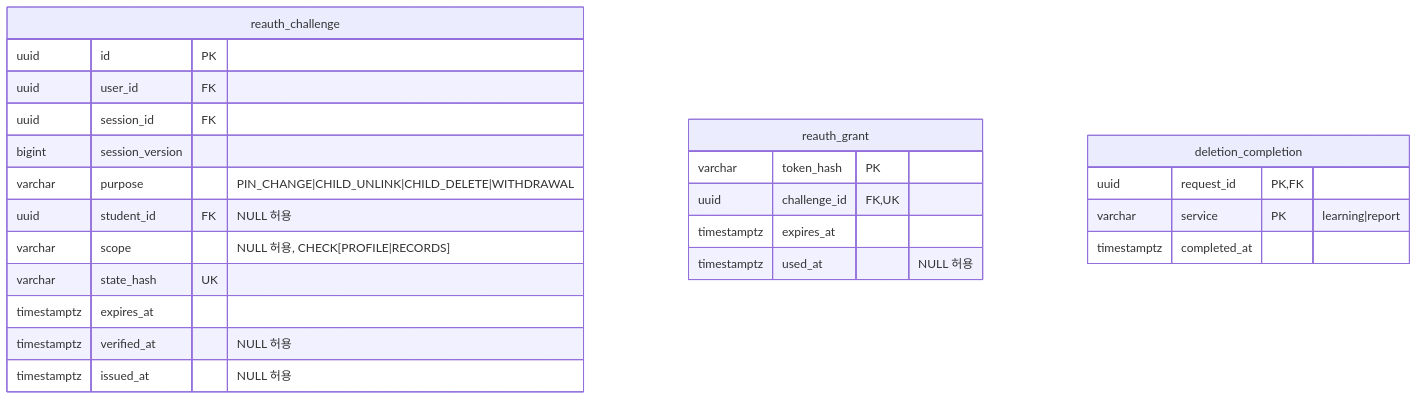
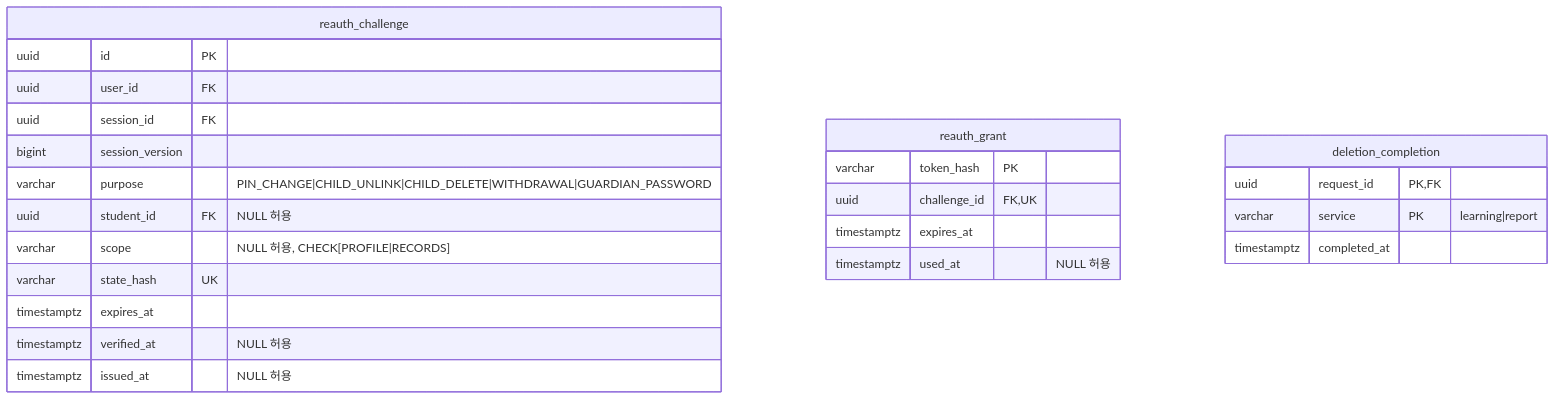
One commit to SKNETWORKS-FAMILY-AICAMP/SKN34-FINAL-3TEAM changed the third of 11 diagrams in docs/design/erd.md. Above: the diagram before and after it, drawn with Mermaid. The commit also changed other lines of this file and 50 other files, not shown here.

````diff
--- a/docs/design/erd.md
+++ b/docs/design/erd.md
@@ -217,27 +230,27 @@
 ```mermaid
 erDiagram
   reauth_challenge {
     uuid id PK
     uuid user_id FK
     uuid session_id FK
     bigint session_version
-    varchar purpose "PIN_CHANGE|CHILD_UNLINK|CHILD_DELETE|WITHDRAWAL"
+    varchar purpose "PIN_CHANGE|CHILD_UNLINK|CHILD_DELETE|WITHDRAWAL|GUARDIAN_PASSWORD"
     uuid student_id FK "NULL 허용"
     varchar scope "NULL 허용, CHECK[PROFILE|RECORDS]"
     varchar state_hash UK
     timestamptz expires_at
     timestamptz verified_at "NULL 허용"
     timestamptz issued_at "NULL 허용"
   }
   reauth_grant {
     varchar token_hash PK
     uuid challenge_id FK,UK
     timestamptz expires_at
     timestamptz used_at "NULL 허용"
   }
   deletion_completion {
     uuid request_id PK,FK
     varchar service PK "learning|report"
     timestamptz completed_at
   }
 ```
````
